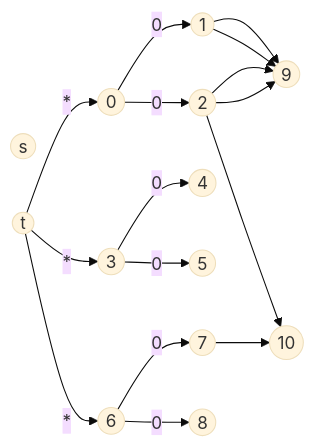
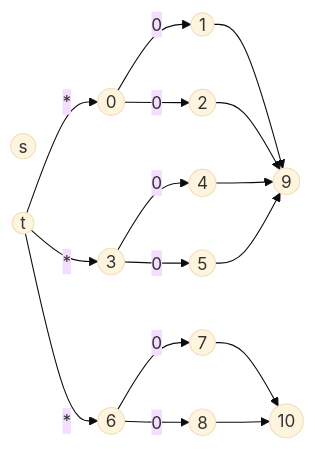
One commit to bfeitknecht/vault changed the third of 3 diagrams in sem2/AuW/PV/cx/tour-de-suisse.md. Above: the diagram before and after it, drawn with Mermaid (base theme).

Commit message:
backup: 2024-07-01 23:51:55 from MacBook Pro (echo)
Affected files:
sem2/AuW/PV/cx/tour-de-suisse.md

````diff
--- a/sem2/AuW/PV/cx/tour-de-suisse.md
+++ b/sem2/AuW/PV/cx/tour-de-suisse.md
@@ -160,41 +160,41 @@
 ```mermaid
 flowchart LR
 
 idS((s))
 idT((t))
 
 ids0((0))
 ids1((3))
 ids2((6))
 
 ids0p1((1))
 ids0p2((2))
 
 ids1p1((4))
 ids1p2((5))
 
 ids2p1((7))
 ids2p2((8))
 
 idb0((9))
 idb1((10))
 
 %%%%%%%%%%%%%%%%%%%%%%%%%%%%%%%%%%%%%%
 
 idT -->|"*"| ids0 & ids1 & ids2
 
 ids0 -->|"0"| ids0p1
 ids0 -->|"0"| ids0p2
 
 ids1 -->|"0"| ids1p1
 ids1 -->|"0"| ids1p2
 
 ids2 -->|"0"| ids2p1
 ids2 -->|"0"| ids2p2
 
 ids0p1 & ids0p2 --> idb0
-ids0p1 & ids0p2 --> idb0
+ids1p1 & ids1p2 --> idb0
 
-ids2p1 & ids0p2 --> idb1
+ids2p1 & ids2p2 --> idb1
 
 ```
````
